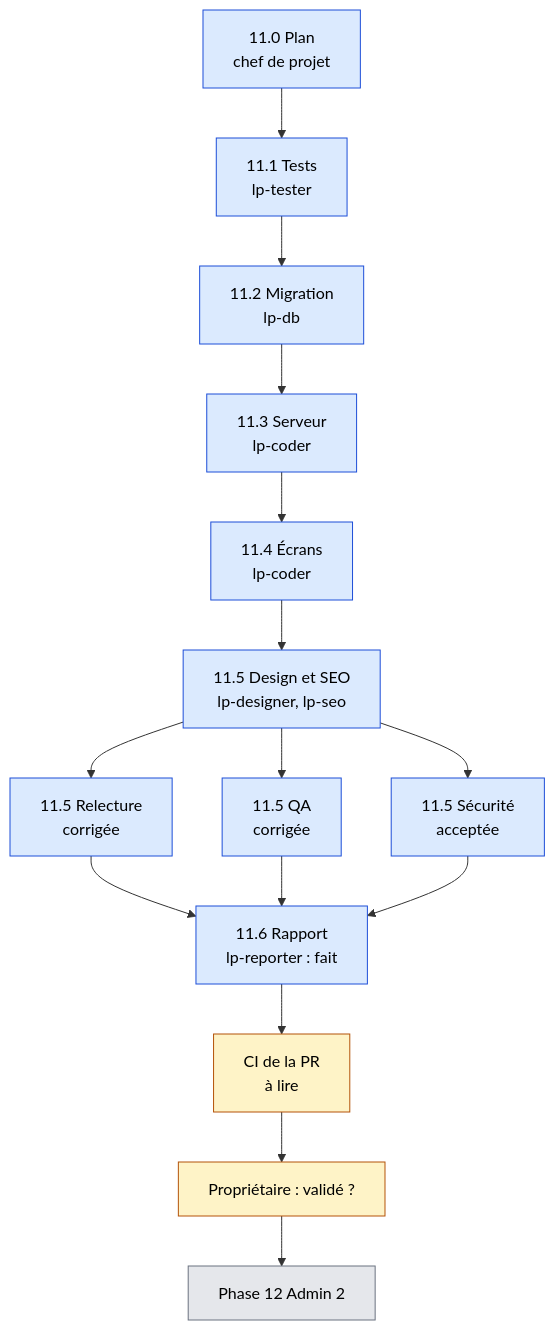
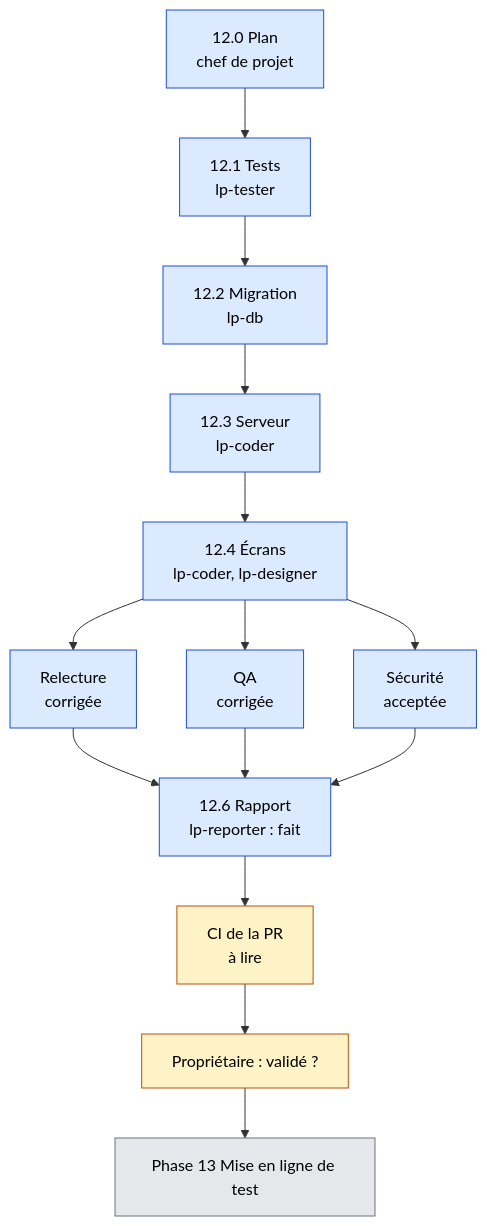
Before and after one commit to lyon32/lyonpanel: the fourth of 5 diagrams in docs/reports/TABLEAU-DE-BORD.md, drawn with Mermaid. The commit also changed other lines of this file and 14 other files, not shown here.

Commit message:
docs(phase-12): bilan, rapports, sécurité, roadmap, changelog, API_SPEC (q)

````diff
--- a/docs/reports/TABLEAU-DE-BORD.md
+++ b/docs/reports/TABLEAU-DE-BORD.md
@@ -91,23 +89,22 @@
 ```mermaid
 flowchart TD
-  T0["11.0 Plan<br/>chef de projet"] --> T1["11.1 Tests<br/>lp-tester"]
-  T1 --> T2["11.2 Migration<br/>lp-db"]
-  T2 --> T3["11.3 Serveur<br/>lp-coder"]
-  T3 --> T4["11.4 Écrans<br/>lp-coder"]
-  T4 --> T5["11.5 Design et SEO<br/>lp-designer, lp-seo"]
-  T5 --> R["11.5 Relecture<br/>corrigée"]
-  T5 --> Q["11.5 QA<br/>corrigée"]
-  T5 --> S["11.5 Sécurité<br/>acceptée"]
-  R --> RP["11.6 Rapport<br/>lp-reporter : fait"]
+  T0["12.0 Plan<br/>chef de projet"] --> T1["12.1 Tests<br/>lp-tester"]
+  T1 --> T2["12.2 Migration<br/>lp-db"]
+  T2 --> T3["12.3 Serveur<br/>lp-coder"]
+  T3 --> T4["12.4 Écrans<br/>lp-coder, lp-designer"]
+  T4 --> R["Relecture<br/>corrigée"]
+  T4 --> Q["QA<br/>corrigée"]
+  T4 --> S["Sécurité<br/>acceptée"]
+  R --> RP["12.6 Rapport<br/>lp-reporter : fait"]
   Q --> RP
   S --> RP
   RP --> CI["CI de la PR<br/>à lire"]
   CI --> OWN["Propriétaire : validé ?"]
-  OWN --> NEXT["Phase 12 Admin 2"]
+  OWN --> NEXT["Phase 13 Mise en ligne de test"]
   classDef fait fill:#DBEAFE,stroke:#1D4ED8,color:#000
   classDef attente fill:#FEF3C7,stroke:#B45309,color:#000
   classDef afaire fill:#E5E7EB,stroke:#6B7280,color:#000
-  class T0,T1,T2,T3,T4,T5,R,Q,S,RP fait
+  class T0,T1,T2,T3,T4,R,Q,S,RP fait
   class CI,OWN attente
   class NEXT afaire
 ```
````
